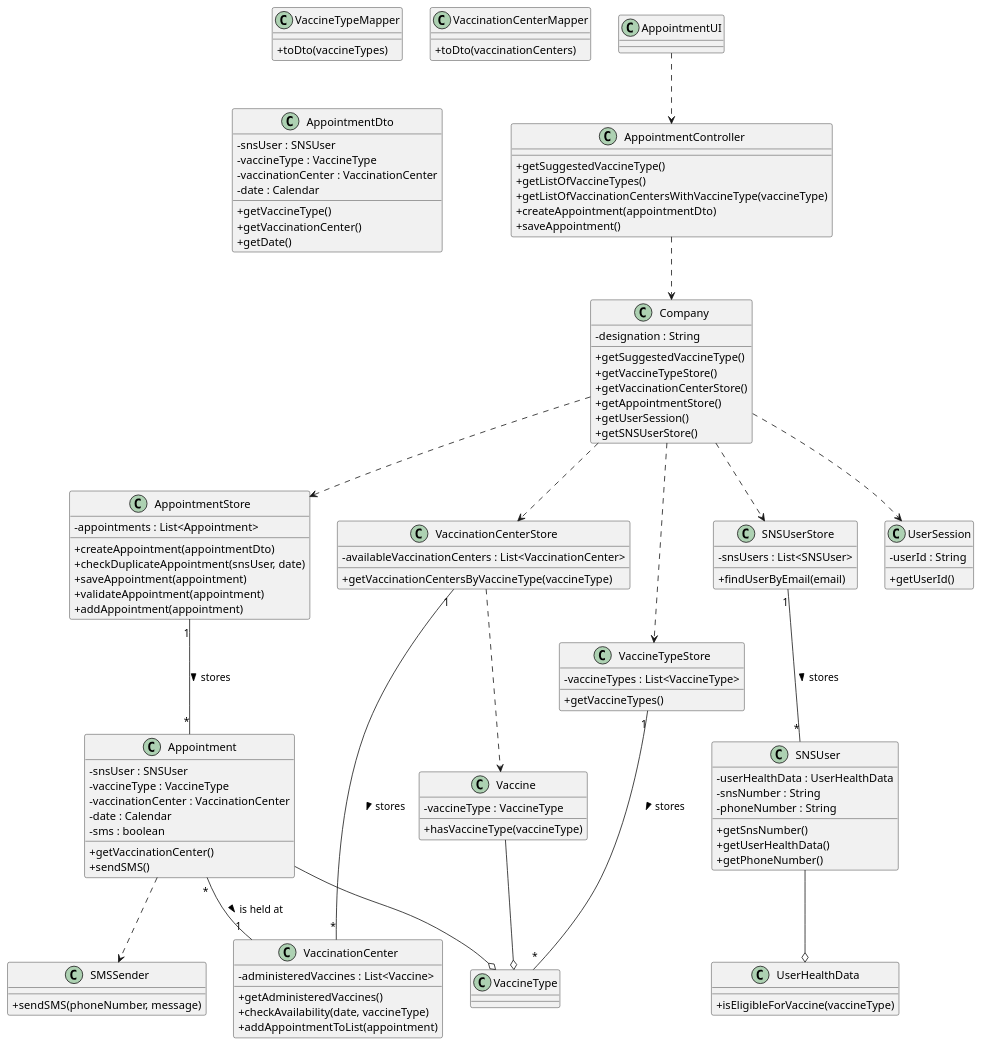
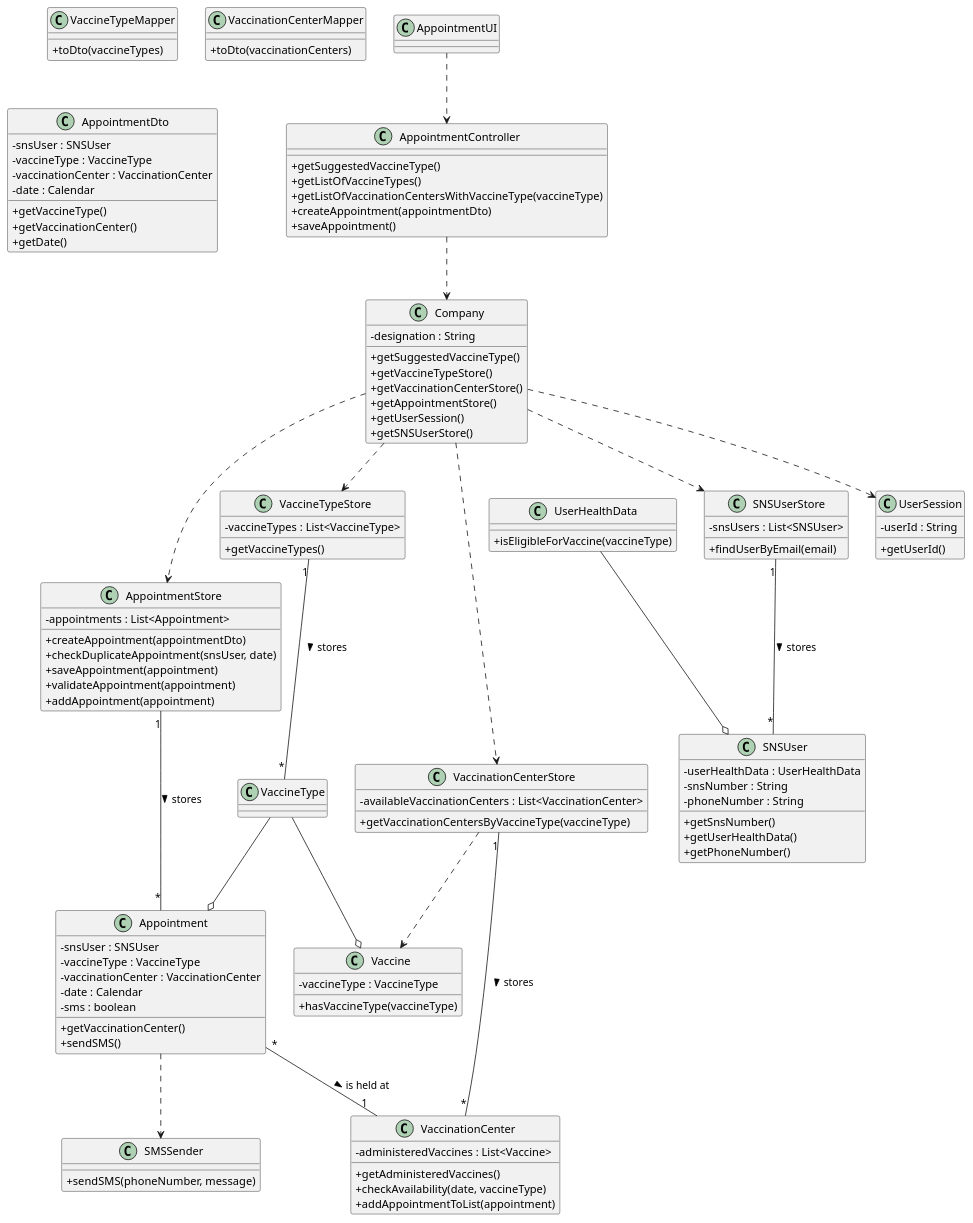
Before and after one commit to miseEnPlace-i/lapr2: the diagram in docs/SprintC/US01/CD/US01_CD.puml, drawn with PlantUML.

Commit message:
docs(us-01): updated cd - switched associations order

```diff
--- a/docs/SprintC/US01/CD/US01_CD.puml
+++ b/docs/SprintC/US01/CD/US01_CD.puml
@@ -1,143 +1,143 @@
 @startuml US01_CD
 skinparam classAttributeIconSize 0
 
 class AppointmentUI {
 
 }
 
 class AppointmentController {
   +getSuggestedVaccineType()
   +getListOfVaccineTypes()
   +getListOfVaccinationCentersWithVaccineType(vaccineType)
   +createAppointment(appointmentDto)
   +saveAppointment()
 }
 
 class Appointment {
   -snsUser : SNSUser
   -vaccineType : VaccineType
   -vaccinationCenter : VaccinationCenter
   -date : Calendar
   -sms : boolean
   +getVaccinationCenter()
   +sendSMS()
 }
 
 class SMSSender {
   +sendSMS(phoneNumber, message)
 }
 
 class AppointmentStore {
   -appointments : List<Appointment>
   +createAppointment(appointmentDto)
   +checkDuplicateAppointment(snsUser, date)
   +saveAppointment(appointment)
   +validateAppointment(appointment)
   +addAppointment(appointment)
 }
 
 class Company {
   -designation : String
   +getSuggestedVaccineType()
   +getVaccineTypeStore()
   +getVaccinationCenterStore()
   +getAppointmentStore()
   +getUserSession()
   +getSNSUserStore()
 }
 
 class VaccinationCenter {
   -administeredVaccines : List<Vaccine>
   +getAdministeredVaccines()
   +checkAvailability(date, vaccineType)
   +addAppointmentToList(appointment)
 }
 
 class VaccinationCenterStore {
   -availableVaccinationCenters : List<VaccinationCenter>  
   +getVaccinationCentersByVaccineType(vaccineType)
 }
 
 class VaccineTypeStore {
   -vaccineTypes : List<VaccineType>
   +getVaccineTypes()
 }
 
 class Vaccine {
   -vaccineType : VaccineType
   +hasVaccineType(vaccineType)
 }
 
 class UserHealthData {
   +isEligibleForVaccine(vaccineType)
 }
 
 class SNSUser {
   -userHealthData : UserHealthData
   -snsNumber : String
   -phoneNumber : String
   +getSnsNumber()
   +getUserHealthData()
   +getPhoneNumber()
 }
 
 class SNSUserStore {
   -snsUsers : List<SNSUser>
   +findUserByEmail(email)
 }
 
 class UserSession {
   -userId : String
   +getUserId()
 }
 
 class VaccineType {
 
 }
 
 class VaccineTypeMapper {
   +toDto(vaccineTypes)
 }
 
 class VaccinationCenterMapper {
   +toDto(vaccinationCenters)
 }
 
 class AppointmentDto {
   -snsUser : SNSUser
   -vaccineType : VaccineType
   -vaccinationCenter : VaccinationCenter
   -date : Calendar
   +getVaccineType()
   +getVaccinationCenter()
   +getDate()
 }
 
 AppointmentUI ..> AppointmentController
 
 AppointmentController ..> Company
 
 Company ..> VaccineTypeStore
 Company ..> VaccinationCenterStore
 Company ..> AppointmentStore
 Company ..> SNSUserStore
 Company ..> UserSession
 
 AppointmentStore "1" -- "*" Appointment : stores >
 
 VaccinationCenterStore "1" -- "*" VaccinationCenter : stores >
 VaccinationCenterStore ..> Vaccine
 
 SNSUserStore "1" -- "*" SNSUser : stores >
 
 VaccineTypeStore "1" -- "*" VaccineType : stores >
 
 Appointment "*" -- "1" VaccinationCenter : is held at >
-Appointment --o VaccineType
 Appointment ..> SMSSender
 
-Vaccine --o VaccineType
+VaccineType --o Vaccine
+VaccineType --o Appointment
 
-SNSUser --o UserHealthData
+UserHealthData --o SNSUser
 
 @enduml
```
